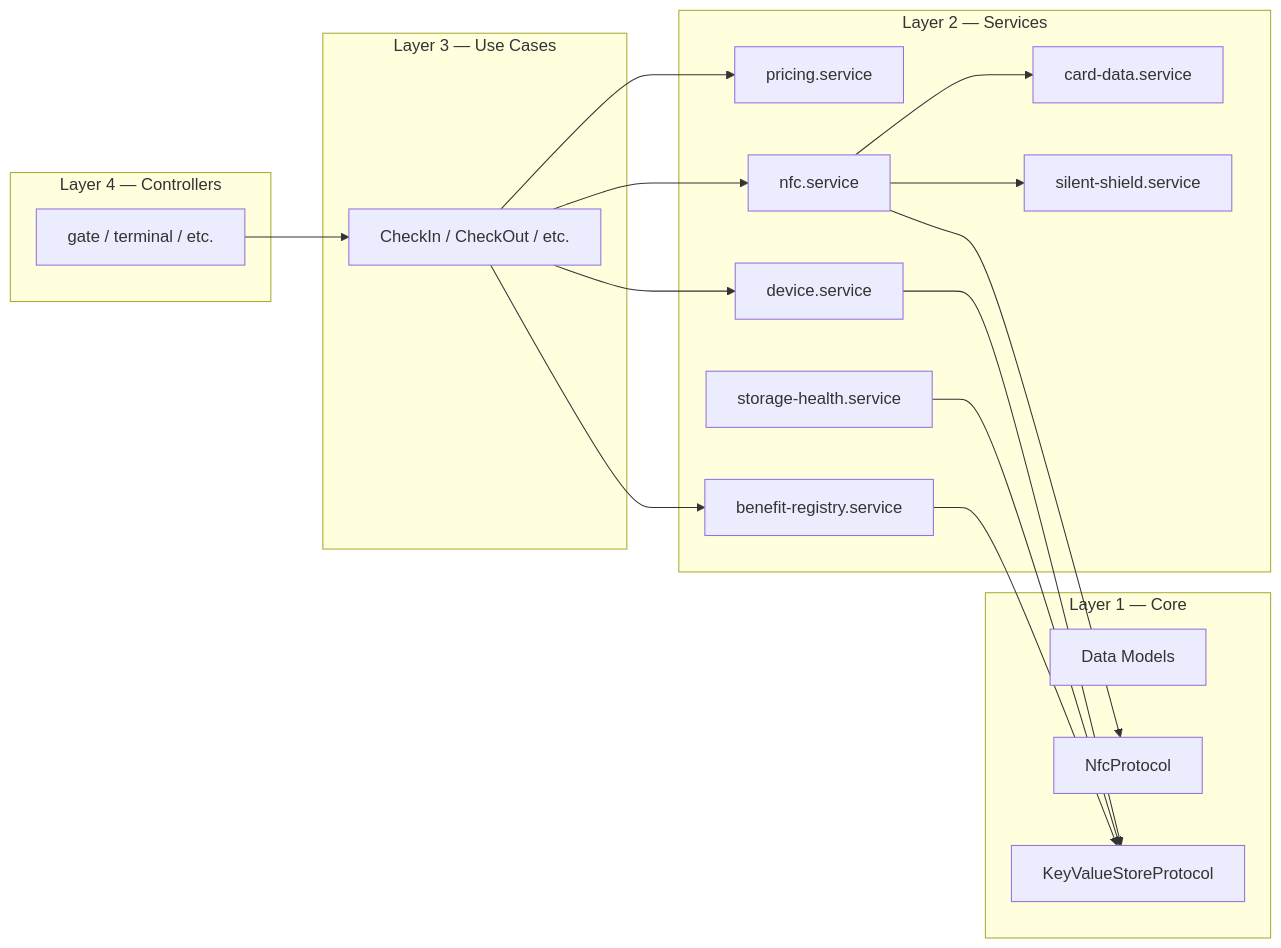
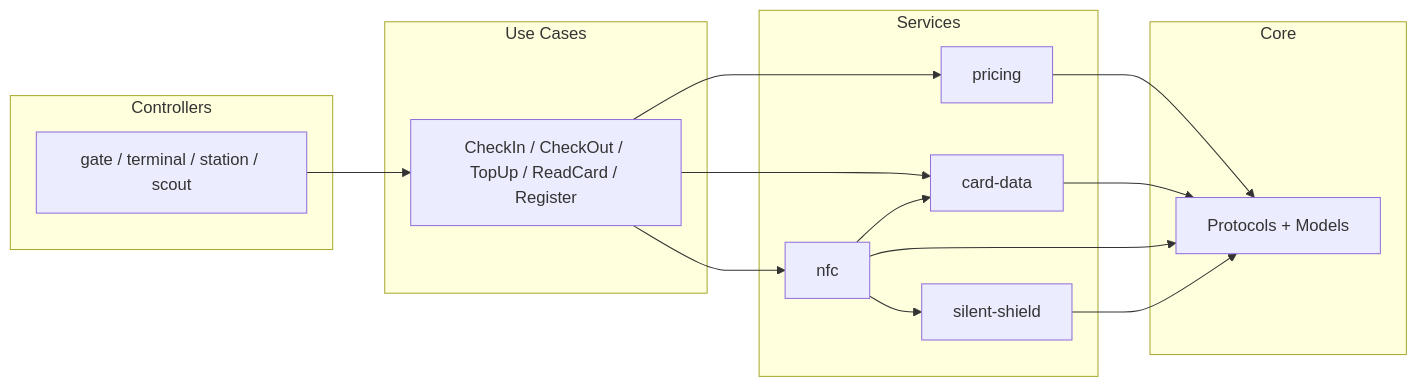
One commit to widdestoyud/assesment-s1-2026 changed the second of 2 diagrams in docs/wiki/membership-benefit-card/01-Architecture/Clean-Architecture.md. Above: the diagram before and after it, drawn with Mermaid. The commit also changed other lines of this file and 11 other files, not shown here.

````diff
--- a/docs/wiki/membership-benefit-card/01-Architecture/Clean-Architecture.md
+++ b/docs/wiki/membership-benefit-card/01-Architecture/Clean-Architecture.md
@@ -92,38 +58,19 @@
 ```mermaid
 graph LR
-    subgraph Core["Layer 1 — Core"]
-        Models[Data Models]
-        NfcProto[NfcProtocol]
-        KvProto[KeyValueStoreProtocol]
+    subgraph L4[Controllers]
+        C[gate / terminal / station / scout]
+    end
+    subgraph L3[Use Cases]
+        UC[CheckIn / CheckOut / TopUp / ReadCard / Register]
+    end
+    subgraph L2[Services]
+        S1[pricing] & S2[card-data] & S3[nfc] & S4[silent-shield]
+    end
+    subgraph L1[Core]
+        P[Protocols + Models]
     end
 
-    subgraph Services["Layer 2 — Services"]
-        Pricing[pricing.service]
-        CardData[card-data.service]
-        Shield[silent-shield.service]
-        NfcSvc[nfc.service]
-        DevSvc[device.service]
-        HealthSvc[storage-health.service]
-        RegSvc[benefit-registry.service]
-    end
-
-    subgraph UC["Layer 3 — Use Cases"]
-        UseCases[CheckIn / CheckOut / etc.]
-    end
-
-    subgraph Ctrl["Layer 4 — Controllers"]
-        Controllers[gate / terminal / etc.]
-    end
-
-    NfcSvc --> NfcProto
-    NfcSvc --> CardData
-    NfcSvc --> Shield
-    DevSvc --> KvProto
-    HealthSvc --> KvProto
-    RegSvc --> KvProto
-    UseCases --> NfcSvc
-    UseCases --> Pricing
-    UseCases --> DevSvc
-    UseCases --> RegSvc
-    Controllers --> UseCases
+    C --> UC --> S1 & S2 & S3
+    S3 --> S2 & S4
+    S1 & S2 & S3 & S4 --> P
 ```
````
